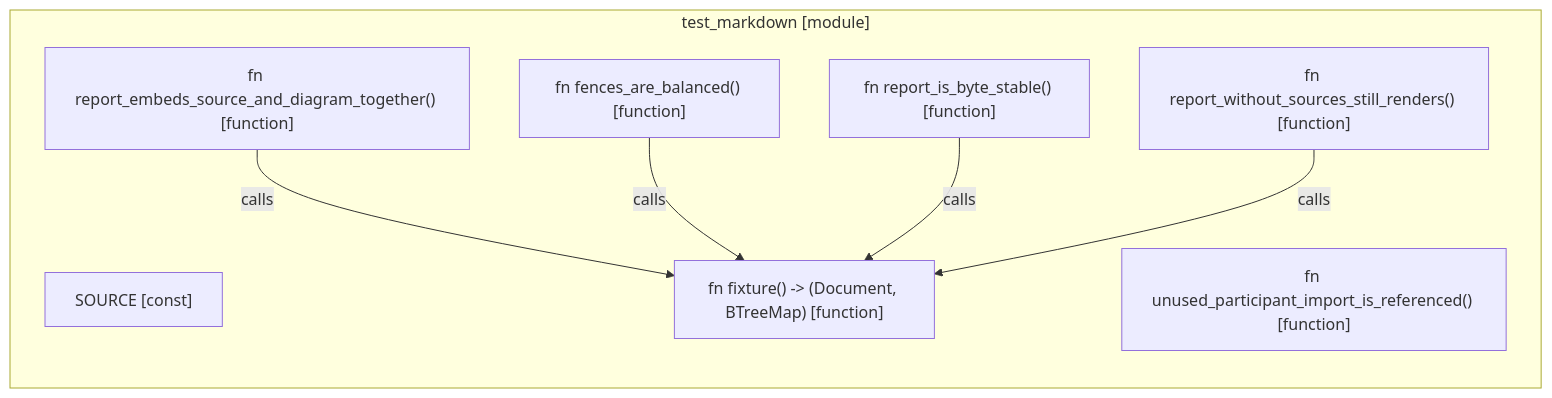
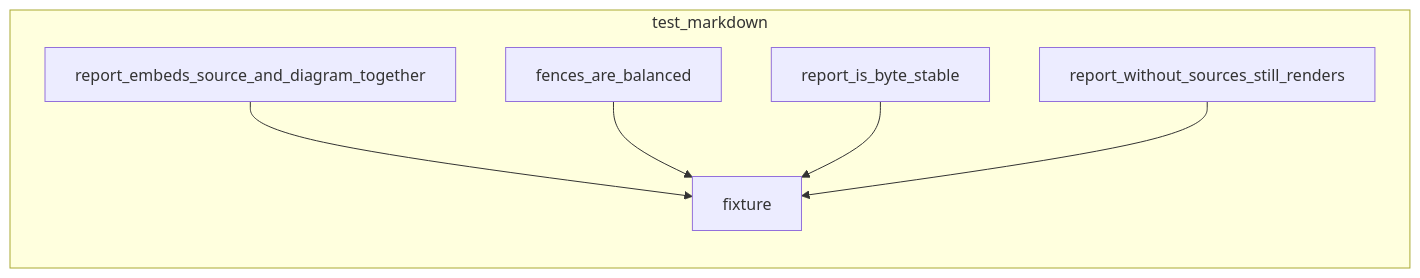
Before and after one commit to RyanGuild/self-describing-code: the second of 2 diagrams in docs/self-model/robby_render/test_markdown/index.md, drawn with Mermaid. The commit also changed other lines of this file and 1404 other files, not shown here.

````diff
--- a/docs/self-model/robby_render/test_markdown/index.md
+++ b/docs/self-model/robby_render/test_markdown/index.md
@@ -11,17 +24,15 @@
 ```mermaid
-flowchart TD
-    subgraph n_94a590d1410dd3da["test_markdown [module]"]
+flowchart TB
+    subgraph n_94a590d1410dd3da["test_markdown"]
         direction TB
-        n_44dcde68c7723ea3["SOURCE [const]"]
-        n_3c079b97f8351ae3["fn fixture() -> (Document, BTreeMap<String, String>) [function]"]
-        n_74c96613b6250856["fn report_is_byte_stable() [function]"]
-        n_40fd118f8ee57918["fn report_embeds_source_and_diagram_together() [function]"]
-        n_5cc8cf51165d164e["fn fences_are_balanced() [function]"]
-        n_bac59c77f333c3ad["fn report_without_sources_still_renders() [function]"]
-        n_9e20d2fe45922227["fn unused_participant_import_is_referenced() [function]"]
+        n_5cc8cf51165d164e["fences_are_balanced"]
+        n_3c079b97f8351ae3["fixture"]
+        n_40fd118f8ee57918["report_embeds_source_and_diagram_together"]
+        n_74c96613b6250856["report_is_byte_stable"]
+        n_bac59c77f333c3ad["report_without_sources_still_renders"]
     end
-    n_40fd118f8ee57918 -->|calls| n_3c079b97f8351ae3
-    n_5cc8cf51165d164e -->|calls| n_3c079b97f8351ae3
-    n_74c96613b6250856 -->|calls| n_3c079b97f8351ae3
-    n_bac59c77f333c3ad -->|calls| n_3c079b97f8351ae3
+    n_40fd118f8ee57918 --> n_3c079b97f8351ae3
+    n_5cc8cf51165d164e --> n_3c079b97f8351ae3
+    n_74c96613b6250856 --> n_3c079b97f8351ae3
+    n_bac59c77f333c3ad --> n_3c079b97f8351ae3
 ```
````
